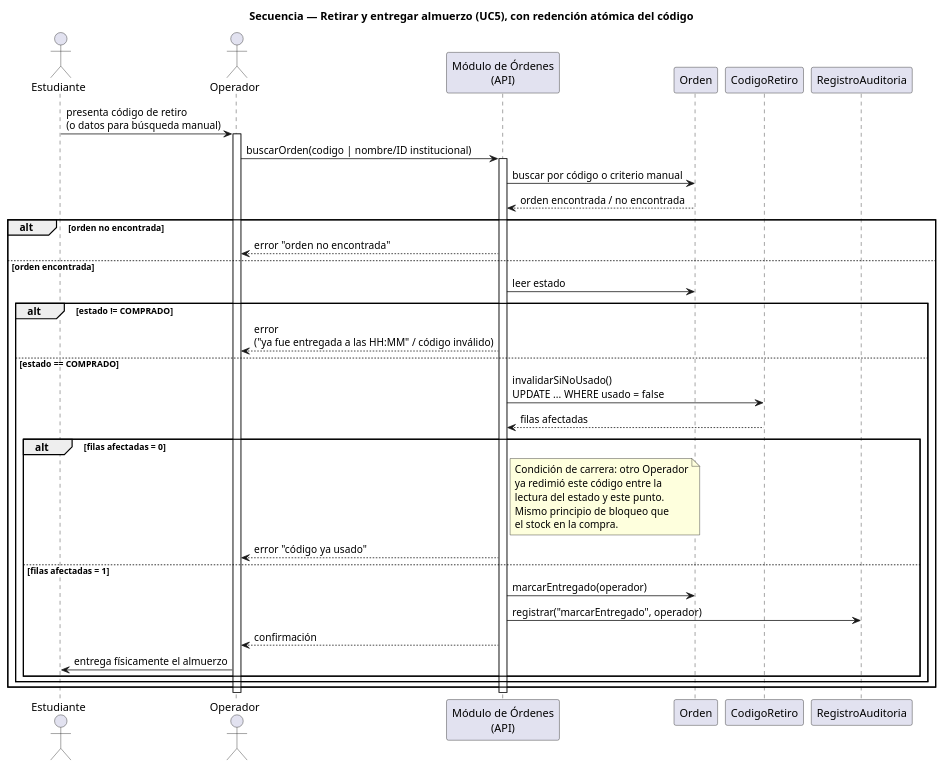
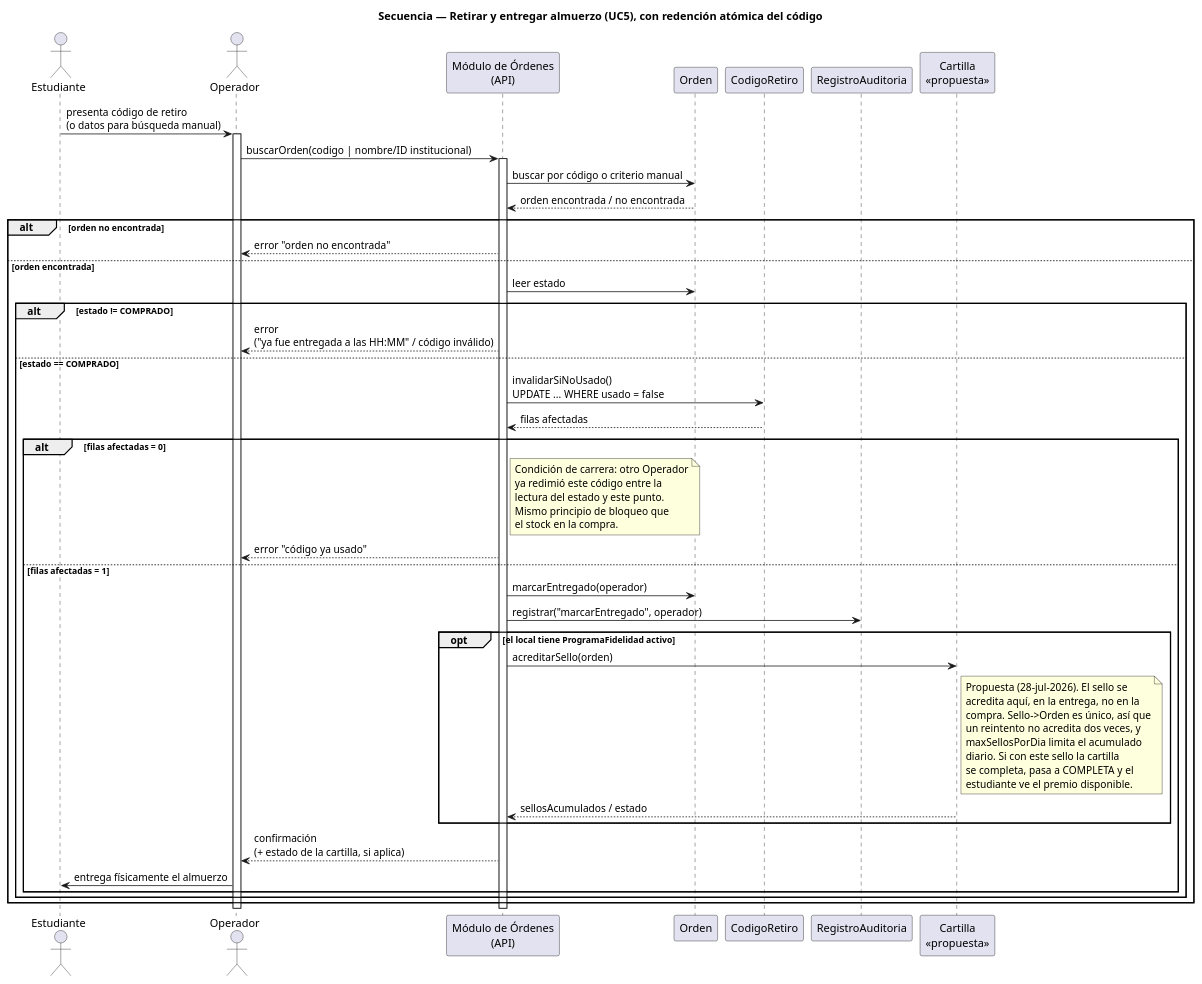
One commit to Jesus-JB/aliflow changed the diagram in uml/secuencia-retiro-entrega.puml. Above: the diagram before and after it, drawn with PlantUML. The commit also changed 19 other files, not shown here.

```diff
--- a/uml/secuencia-retiro-entrega.puml
+++ b/uml/secuencia-retiro-entrega.puml
@@ -1,52 +1,69 @@
 @startuml secuencia-retiro-entrega-aliflow
 
 title Secuencia — Retirar y entregar almuerzo (UC5), con redención atómica del código
 
 actor Estudiante
 actor Operador
 participant "Módulo de Órdenes\n(API)" as API
 participant "Orden" as Orden
 participant "CodigoRetiro" as Codigo
 participant "RegistroAuditoria" as Audit
+participant "Cartilla\n<<propuesta>>" as Cartilla
 
 Estudiante -> Operador : presenta código de retiro\n(o datos para búsqueda manual)
 activate Operador
 
 Operador -> API : buscarOrden(codigo | nombre/ID institucional)
 activate API
 
 API -> Orden : buscar por código o criterio manual
 Orden --> API : orden encontrada / no encontrada
 
 alt orden no encontrada
   API --> Operador : error "orden no encontrada"
 else orden encontrada
   API -> Orden : leer estado
   alt estado != COMPRADO
     API --> Operador : error\n("ya fue entregada a las HH:MM" / código inválido)
   else estado == COMPRADO
     API -> Codigo : invalidarSiNoUsado()\nUPDATE ... WHERE usado = false
     Codigo --> API : filas afectadas
 
     alt filas afectadas = 0
       note right of API
         Condición de carrera: otro Operador
         ya redimió este código entre la
         lectura del estado y este punto.
         Mismo principio de bloqueo que
         el stock en la compra.
       end note
       API --> Operador : error "código ya usado"
     else filas afectadas = 1
       API -> Orden : marcarEntregado(operador)
       API -> Audit : registrar("marcarEntregado", operador)
-      API --> Operador : confirmación
+
+      opt el local tiene ProgramaFidelidad activo
+        API -> Cartilla : acreditarSello(orden)
+        note right of Cartilla
+          Propuesta (28-jul-2026). El sello se
+          acredita aquí, en la entrega, no en la
+          compra. Sello->Orden es único, así que
+          un reintento no acredita dos veces, y
+          maxSellosPorDia limita el acumulado
+          diario. Si con este sello la cartilla
+          se completa, pasa a COMPLETA y el
+          estudiante ve el premio disponible.
+        end note
+        Cartilla --> API : sellosAcumulados / estado
+      end
+
+      API --> Operador : confirmación\n(+ estado de la cartilla, si aplica)
       Operador -> Estudiante : entrega físicamente el almuerzo
     end
   end
 end
 
 deactivate API
 deactivate Operador
 
 @enduml
```
